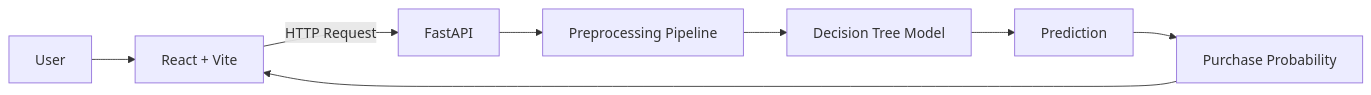
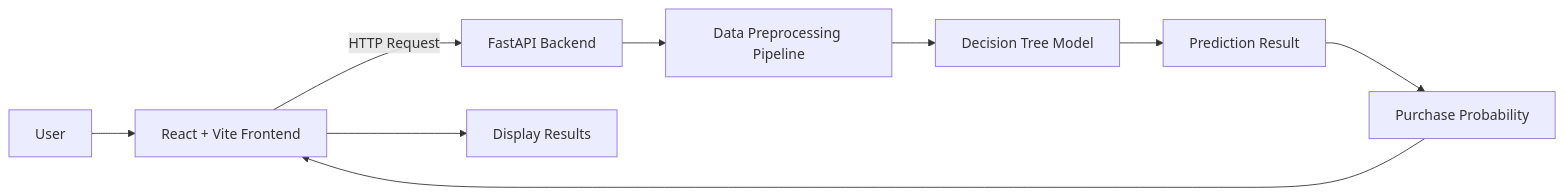
One commit to dineshbalaks7/ShopSense changed the second of 2 diagrams in README.md. Above: the diagram before and after it, drawn with Mermaid. The commit also changed other lines of this file, not shown here.

````diff
--- a/README.md
+++ b/README.md
@@ -118,10 +147,11 @@
 ```mermaid
 flowchart LR
-    A[User] --> B[React + Vite]
-    B -->|HTTP Request| C[FastAPI]
-    C --> D[Preprocessing Pipeline]
+    A[User] --> B[React + Vite Frontend]
+    B -->|HTTP Request| C[FastAPI Backend]
+    C --> D[Data Preprocessing Pipeline]
     D --> E[Decision Tree Model]
-    E --> F[Prediction]
+    E --> F[Prediction Result]
     F --> G[Purchase Probability]
     G --> B
+    B --> H[Display Results]
 ```
````
